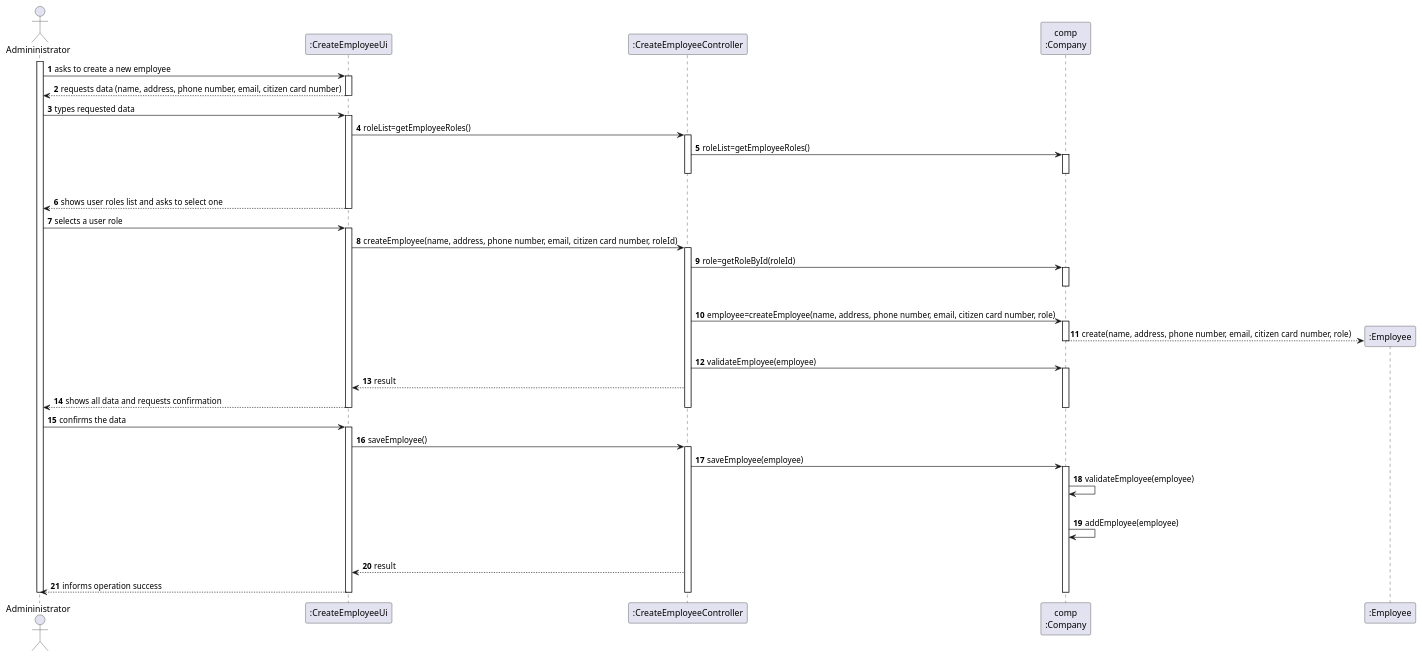
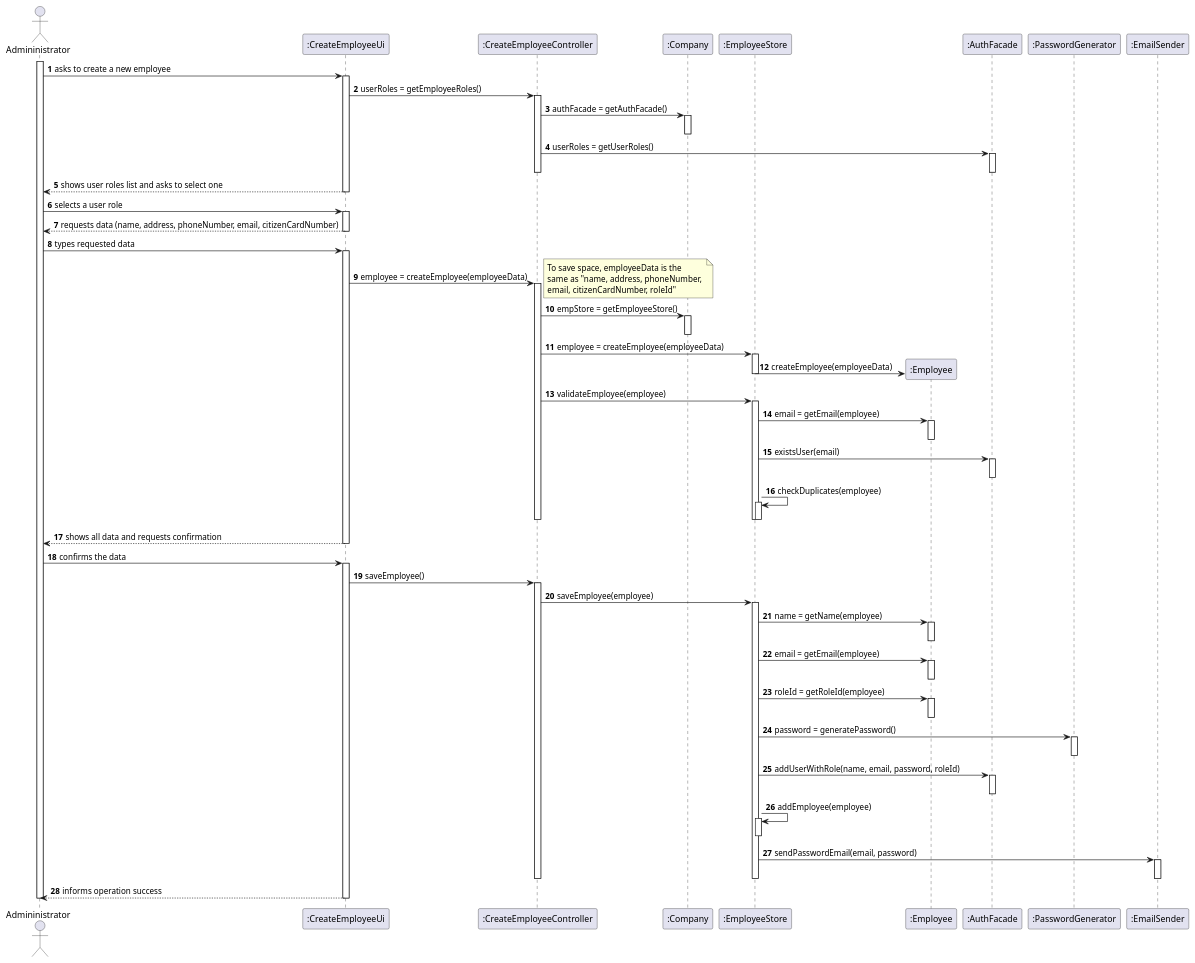
Before and after one commit to miseEnPlace-i/lapr2: the diagram in docs/SprintB/US10/SD/US10_SD.puml, drawn with PlantUML.

Commit message:
docs(us-10): updated sd

```diff
--- a/docs/SprintB/US10/SD/US10_SD.puml
+++ b/docs/SprintB/US10/SD/US10_SD.puml
@@ -1,79 +1,106 @@
 @startuml US10_SD
 autonumber
 ' hide footbox
 actor "Admininistrator" as admin
 
 participant ":CreateEmployeeUi" as empUi
 participant ":CreateEmployeeController" as empController
-participant "comp\n:Company" as comp
+participant ":Company" as comp
+participant ":EmployeeStore" as empStore
 participant ":Employee" as emp
+participant ":AuthFacade" as authFacade
+participant ":PasswordGenerator" as passGen
+participant  ":EmailSender" as emailSend
 
 activate admin
+
 admin -> empUi : asks to create a new employee
+
 activate empUi
-empUi --> admin : requests data (name, address, phone number, email, citizen card number)
+    empUi -> empController : userRoles = getEmployeeRoles()
+    activate empController
+        empController -> comp : authFacade = getAuthFacade()
+        activate comp
+        deactivate comp
+        empController -> authFacade : userRoles = getUserRoles()
+        activate authFacade
+        deactivate authFacade
+    deactivate empController
+    empUi --> admin : shows user roles list and asks to select one
+deactivate empUi
+
+admin -> empUi : selects a user role
+
+activate empUi
+    empUi --> admin : requests data (name, address, phoneNumber, email, citizenCardNumber)
 deactivate empUi
 
 admin -> empUi : types requested data
+
 activate empUi
+    empUi -> empController : employee = createEmployee(employeeData)
+    note right
+        To save space, employeeData is the 
+        same as "name, address, phoneNumber, 
+        email, citizenCardNumber, roleId"
+    end note
+    activate empController
+        empController -> comp : empStore = getEmployeeStore()
+        activate comp
+        deactivate comp
+        empController -> empStore : employee = createEmployee(employeeData)
+        activate empStore
+            empStore -> emp** : createEmployee(employeeData)
+        deactivate empStore
+        empController -> empStore : validateEmployee(employee)
+        activate empStore
+            empStore -> emp : email = getEmail(employee)
+            activate emp
+            deactivate emp
+            empStore -> authFacade : existsUser(email)
+            activate authFacade
+            deactivate authFacade
+            empStore -> empStore : checkDuplicates(employee)
+            activate empStore
+            deactivate empStore
+        deactivate empStore
+    deactivate empController
+    empUi --> admin : shows all data and requests confirmation
+deactivate empUi
+            
+admin -> empUi : confirms the data
 
-empUi -> empController : roleList=getEmployeeRoles()
-activate empController
-
-empController -> comp : roleList=getEmployeeRoles()
-activate comp
-|||
-deactivate comp
-deactivate empController
-
-empUi --> admin : shows user roles list and asks to select one
-deactivate empUi
-
-admin -> empUi : selects a user role
 activate empUi
-
-empUi -> empController : createEmployee(name, address, phone number, email, citizen card number, roleId)
-activate empController
-
-empController -> comp : role=getRoleById(roleId)
-activate comp
-|||
-deactivate comp
-
-empController -> comp: employee=createEmployee(name, address, phone number, email, citizen card number, role)
-activate comp
-
-comp --> emp**: create(name, address, phone number, email, citizen card number, role)
-deactivate comp
-empController -> comp: validateEmployee(employee)
-
-activate comp
-empController --> empUi: result
-empUi --> admin: shows all data and requests confirmation
-deactivate comp
-deactivate empController
-deactivate empUi
-
-admin -> empUi : confirms the data
-activate empUi
-empUi -> empController : saveEmployee()
-activate empController
-
-empController -> comp : saveEmployee(employee)
-activate comp
-
-comp -> comp: validateEmployee(employee)
-|||
-comp -> comp: addEmployee(employee)
-|||
-
-empController --> empUi: result
-
-empUi --> admin : informs operation success
-deactivate comp
-deactivate empController
+    empUi -> empController : saveEmployee()
+    activate empController
+        empController -> empStore : saveEmployee(employee)
+        activate empStore
+            empStore -> emp : name = getName(employee)
+            activate emp
+            deactivate emp
+            empStore -> emp : email = getEmail(employee)
+            activate emp
+            deactivate emp
+            empStore -> emp : roleId = getRoleId(employee)
+            activate emp
+            deactivate emp
+            empStore -> passGen : password = generatePassword()
+            activate passGen
+            deactivate passGen
+            empStore -> authFacade : addUserWithRole(name, email, password, roleId)
+            activate authFacade
+            deactivate authFacade
+            empStore -> empStore : addEmployee(employee)
+            activate empStore
+            deactivate empStore
+            empStore -> emailSend : sendPasswordEmail(email, password)
+            activate emailSend
+            deactivate emailSend
+        deactivate empStore
+    deactivate empController
+    empUi --> admin : informs operation success
 deactivate empUi
 
 deactivate admin
 
 @enduml
```
